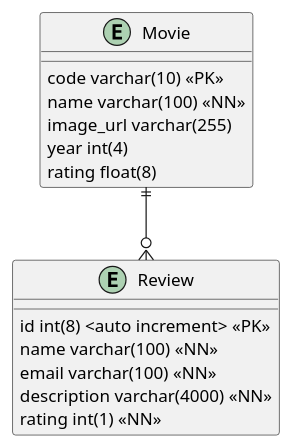
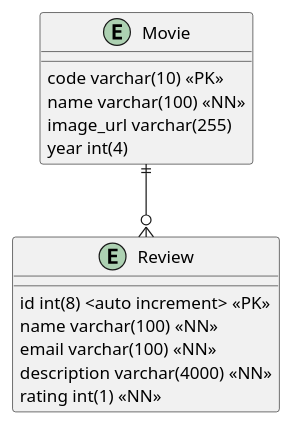
One commit to sebastianquintanam/coltis-Movieapp-fask changed the diagram in doc/modelo_datos.puml. Above: the diagram before and after it, drawn with PlantUML. The commit also changed 4 other files, not shown here.

```diff
--- a/doc/modelo_datos.puml
+++ b/doc/modelo_datos.puml
@@ -1,21 +1,20 @@
 @startuml "Modelo entidad relacion"
 
 Entity Movie {
     code varchar(10) <<PK>>
     name varchar(100) <<NN>>
     image_url varchar(255)
     year int(4)
-    rating float(8)
 }
 
 Entity Review {
     id int(8) <auto increment> <<PK>>
     name varchar(100) <<NN>>
     email varchar(100) <<NN>>
     description varchar(4000) <<NN>>
     rating int(1) <<NN>>
 }
 
 Movie ||--o{ Review
 
 @enduml
```
